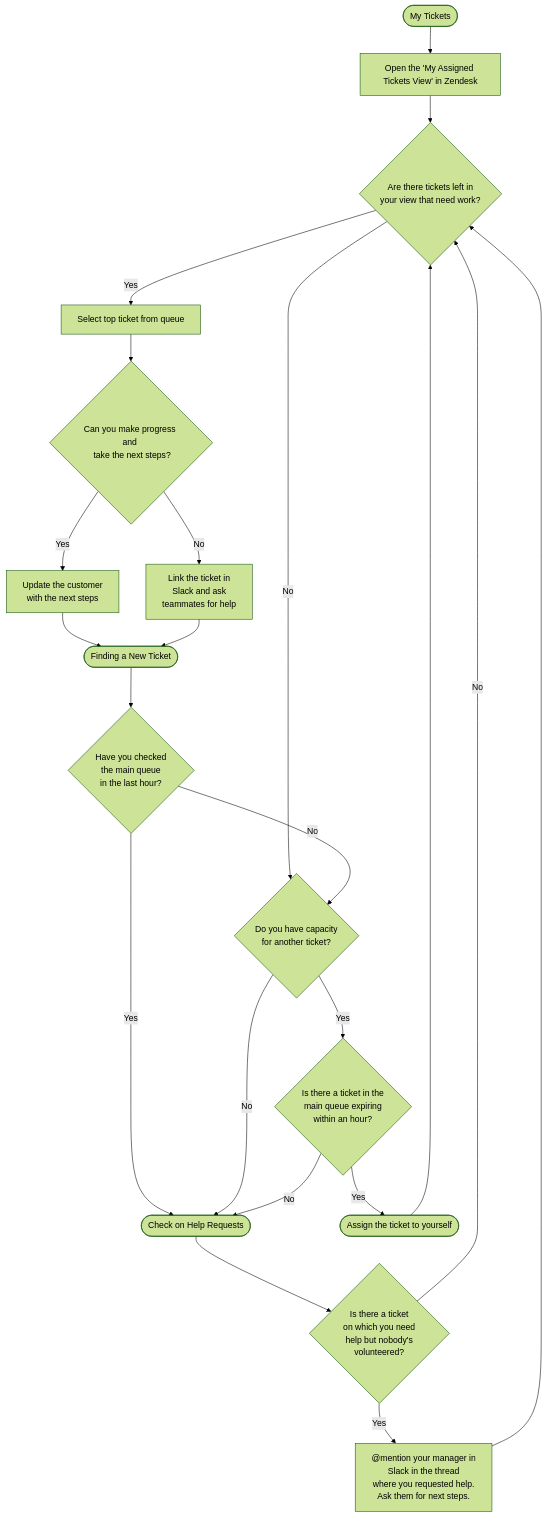
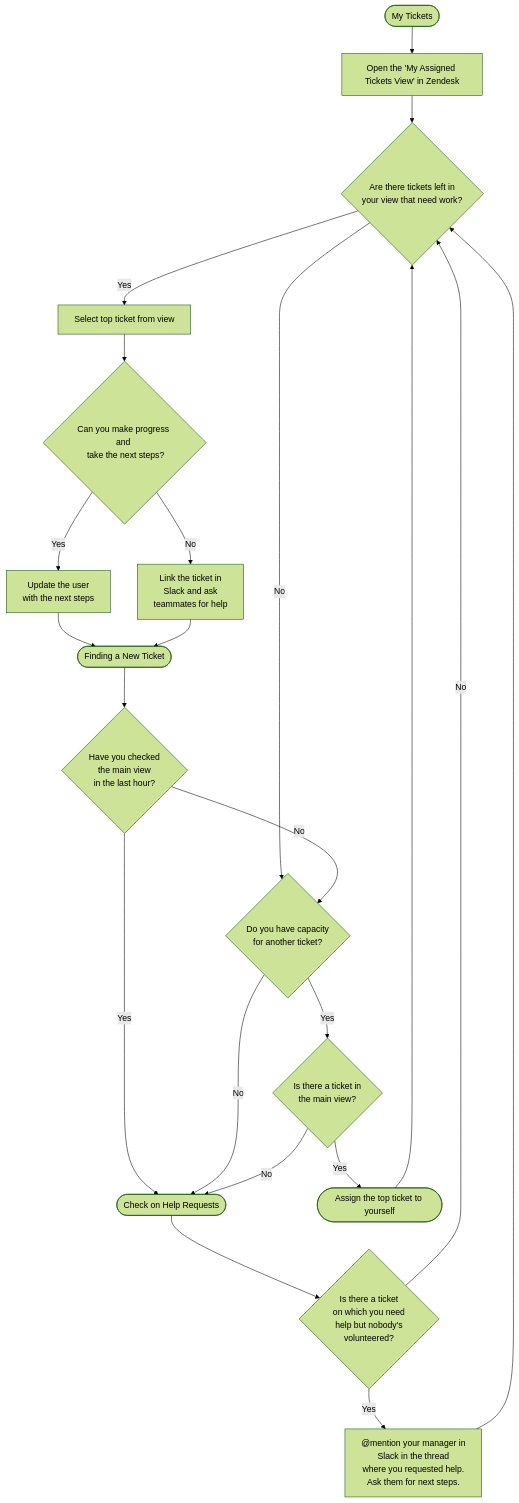
The diagram in support/workflows/working-on-tickets.html.md (secretstartups/handbook), drawn with Mermaid (forest theme) before and after one commit. The commit also changed other lines of this file, not shown here.

````diff
--- a/support/workflows/working-on-tickets.html.md
+++ b/support/workflows/working-on-tickets.html.md
@@ -76,26 +131,26 @@
 ```mermaid
 graph TD
 A([My Tickets]) --> B
 B[Open the 'My Assigned Tickets View' in Zendesk] --> B1
 B1{Are there tickets left in <BR> your view that need work?} -->|Yes| C
 B1 -->|No| NT2
-C[Select top ticket from queue] --> D
+C[Select top ticket from view] --> D
 D{Can you make progress and <BR> take the next steps?}
-D -->|Yes| E[Update the customer<BR>with the next steps]
+D -->|Yes| E[Update the user<BR>with the next steps]
 D -->|No| F[Link the ticket in<BR>Slack and ask <BR> teammates for help]
 E & F --> NT0
 
 NT0([Finding a New Ticket]) --> NT1
-NT1{Have you checked <BR> the main queue <BR> in the last hour?} -->|Yes| AH0
+NT1{Have you checked <BR> the main view <BR> in the last hour?} -->|Yes| AH0
 NT1 -->|No| NT2
 NT2{Do you have capacity <BR> for another ticket?} -->|No| AH0
 NT2 -->|Yes| NT3
-NT3{Is there a ticket in the <BR> main queue expiring <BR> within an hour?} -->|No| AH0
+NT3{Is there a ticket in <BR> the main view?} -->|No| AH0
 NT3 -->|Yes| NT4
-NT4([Assign the ticket to yourself]) --> B1
+NT4([Assign the top ticket to yourself]) --> B1
 
 AH0([Check on Help Requests]) --> AH1
 AH1{Is there a ticket <BR> on which you need <BR> help but nobody's <BR> volunteered?} -->|Yes| AH2
 AH1 -->|No| B1
 AH2["@"mention your manager in <BR> Slack in the thread <BR> where you requested help. <BR> Ask them for next steps.] --> B1
 ```
````
